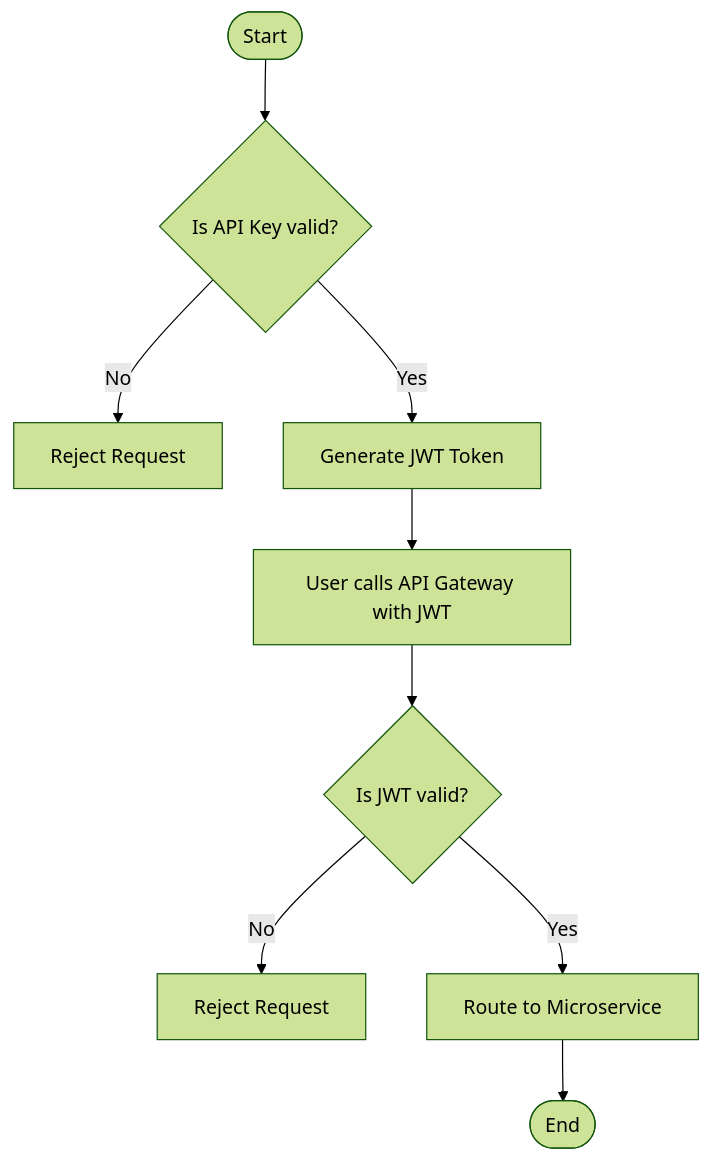
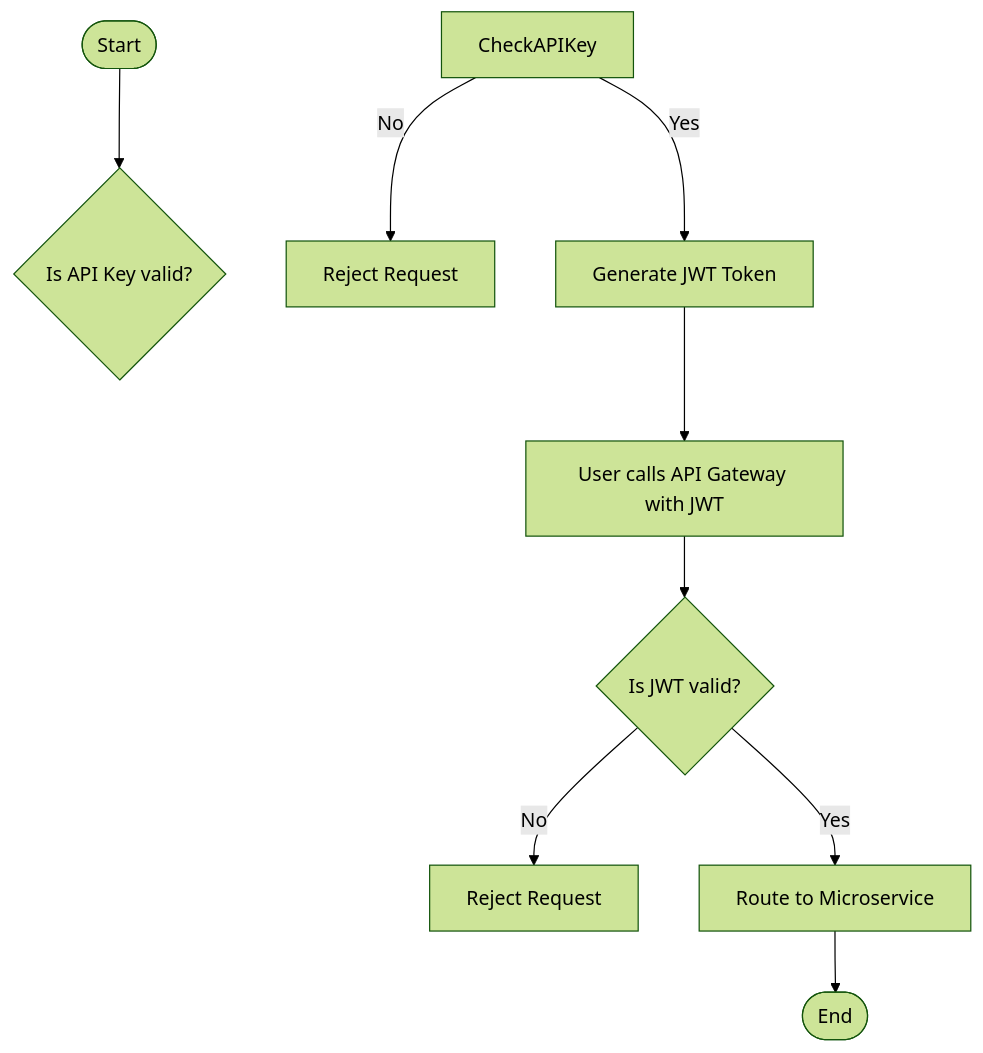
Before and after one commit to VentixeEventManagement/ApiGateway: the diagram in README.md, drawn with Mermaid (forest theme).

````diff
--- a/README.md
+++ b/README.md
@@ -12,11 +12,11 @@
 ```mermaid
 flowchart TD
-    JwtAuthProvider([Start]) --> CheckAPIKey{Is API Key valid?}
+    Start([Start]) --> JwtAuthProvider{Is API Key valid?}
     CheckAPIKey -- No --> Reject1[Reject Request]
     CheckAPIKey -- Yes --> GenerateJWT[Generate JWT Token]
     GenerateJWT --> UseJWT[User calls API Gateway with JWT]
     UseJWT --> CheckJWT{Is JWT valid?}
     CheckJWT -- No --> Reject2[Reject Request]
     CheckJWT -- Yes --> RouteMicroservice[Route to Microservice]
     RouteMicroservice --> End([End])
 ```
````
